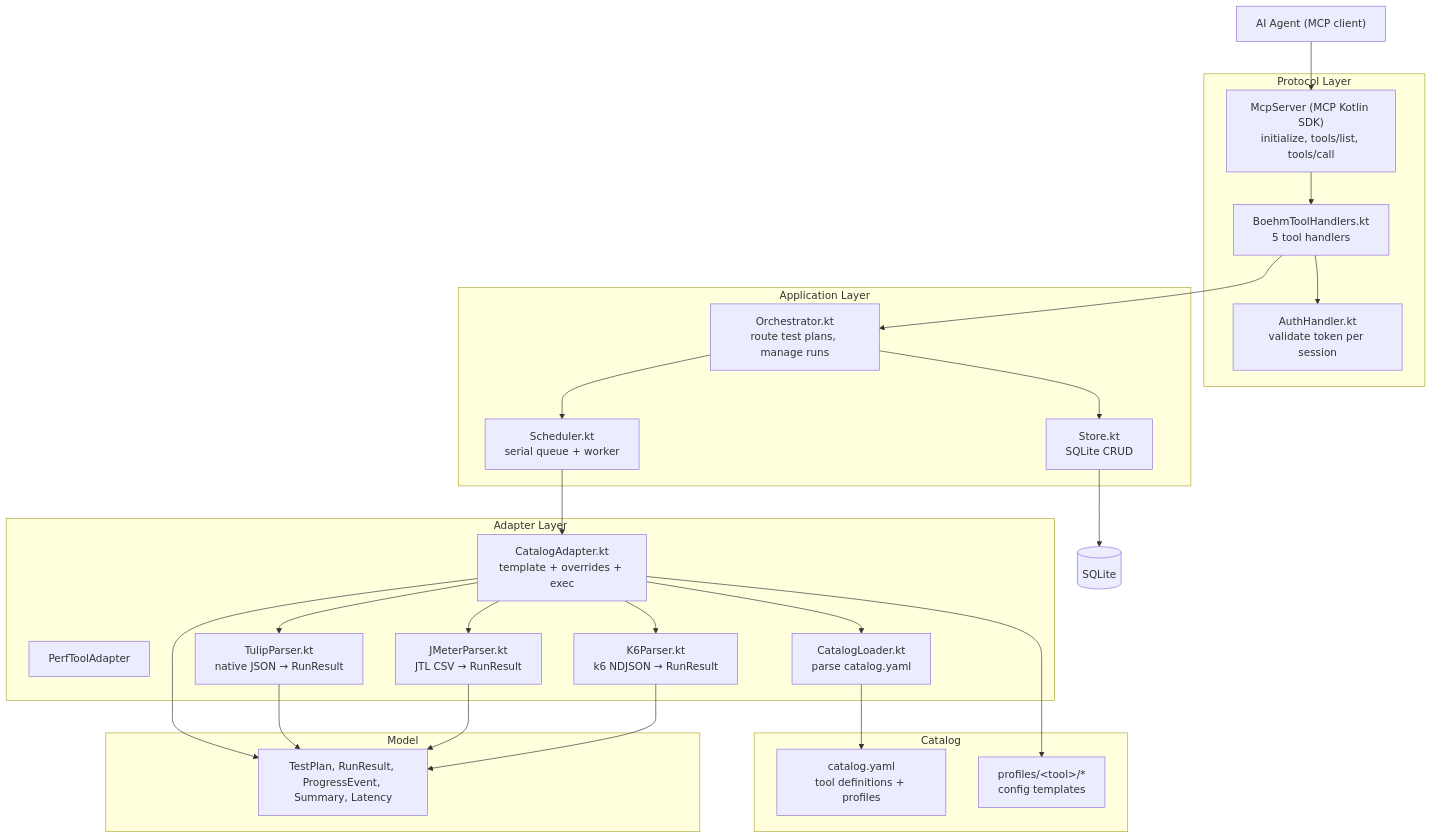
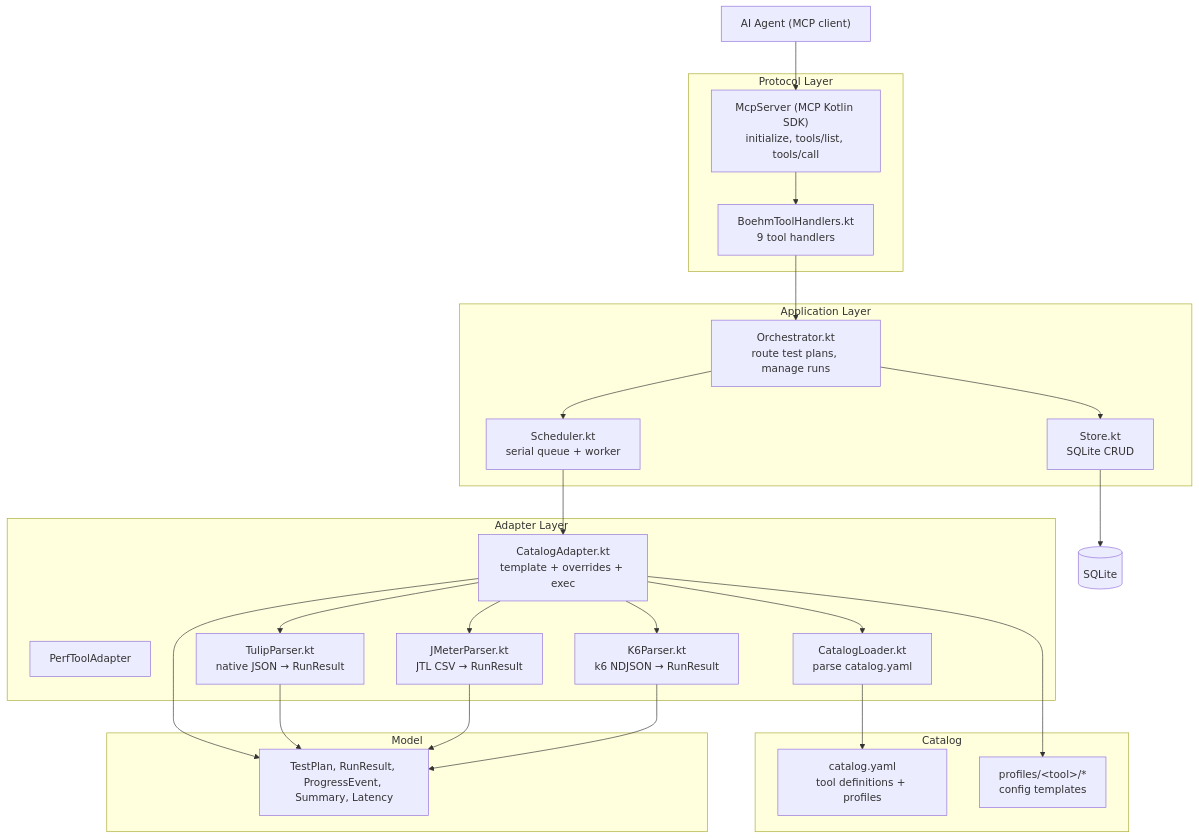
Before and after one commit to bmvanwyk/Boehm: the second of 6 diagrams in docs/architecture.md, drawn with Mermaid. The commit also changed other lines of this file and 2 other files, not shown here.

Commit message:
docs: update architecture/README/AGENTS for 9 tools, cancellation, baselines, startup-token auth

````diff
--- a/docs/architecture.md
+++ b/docs/architecture.md
@@ -59,53 +59,51 @@
 ```mermaid
 graph TB
     subgraph "Protocol Layer"
         McpServer["McpServer (MCP Kotlin SDK)<br/>initialize, tools/list, tools/call"]
-        BoehmToolHandlers["BoehmToolHandlers.kt<br/>5 tool handlers"]
-        AuthHandler["AuthHandler.kt<br/>validate token per session"]
+        BoehmToolHandlers["BoehmToolHandlers.kt<br/>9 tool handlers"]
     end
 
     subgraph "Application Layer"
         Orchestrator["Orchestrator.kt<br/>route test plans, manage runs"]
         Scheduler["Scheduler.kt<br/>serial queue + worker"]
         Store["Store.kt<br/>SQLite CRUD"]
     end
 
     subgraph "Adapter Layer"
         AdapterInterface["PerfToolAdapter"]
         CatalogLoader["CatalogLoader.kt<br/>parse catalog.yaml"]
         CatalogAdapter["CatalogAdapter.kt<br/>template + overrides + exec"]
         TulipParser["TulipParser.kt<br/>native JSON → RunResult"]
     JMeterParser["JMeterParser.kt<br/>JTL CSV → RunResult"]
     K6Parser["K6Parser.kt<br/>k6 NDJSON → RunResult"]
     end
 
     subgraph "Catalog"
         CatalogYaml["catalog.yaml<br/>tool definitions + profiles"]
         Templates["profiles/&lt;tool&gt;/*<br/>config templates"]
     end
 
     subgraph "Model"
         Models["TestPlan, RunResult, ProgressEvent, Summary, Latency"]
     end
 
     Agent["AI Agent (MCP client)"]
 
     CatalogLoader --> CatalogYaml
     Agent --> McpServer
     McpServer --> BoehmToolHandlers
-    BoehmToolHandlers --> AuthHandler
     BoehmToolHandlers --> Orchestrator
     Orchestrator --> Scheduler
     Orchestrator --> Store
     Scheduler --> CatalogAdapter
     CatalogAdapter --> CatalogLoader
     CatalogAdapter --> Templates
     CatalogAdapter --> TulipParser
     CatalogAdapter --> JMeterParser
     CatalogAdapter --> K6Parser
     CatalogAdapter --> Models
     TulipParser --> Models
     JMeterParser --> Models
     K6Parser --> Models
     Store --> SQLite[(SQLite)]
 ```
````
